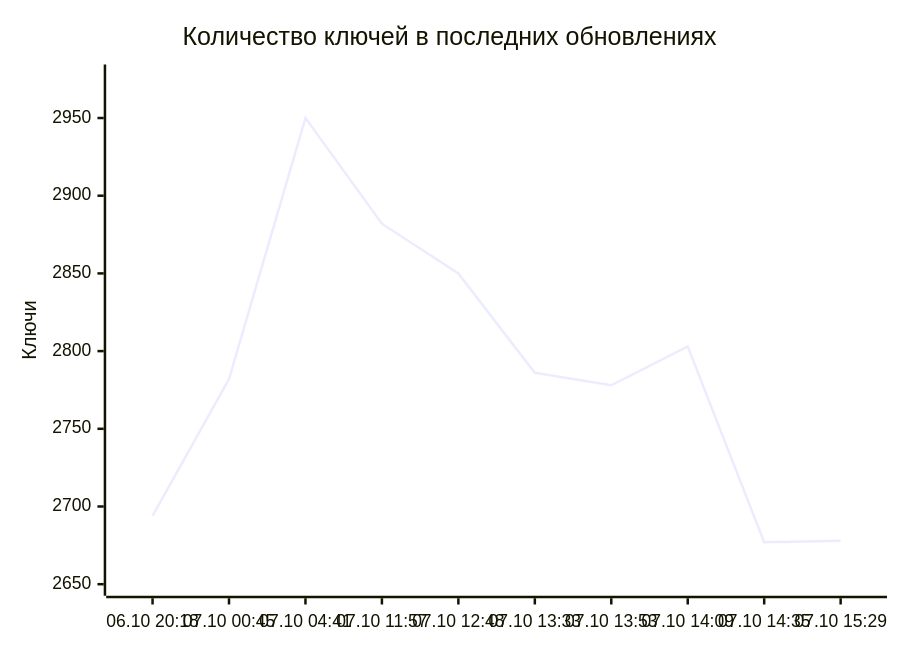
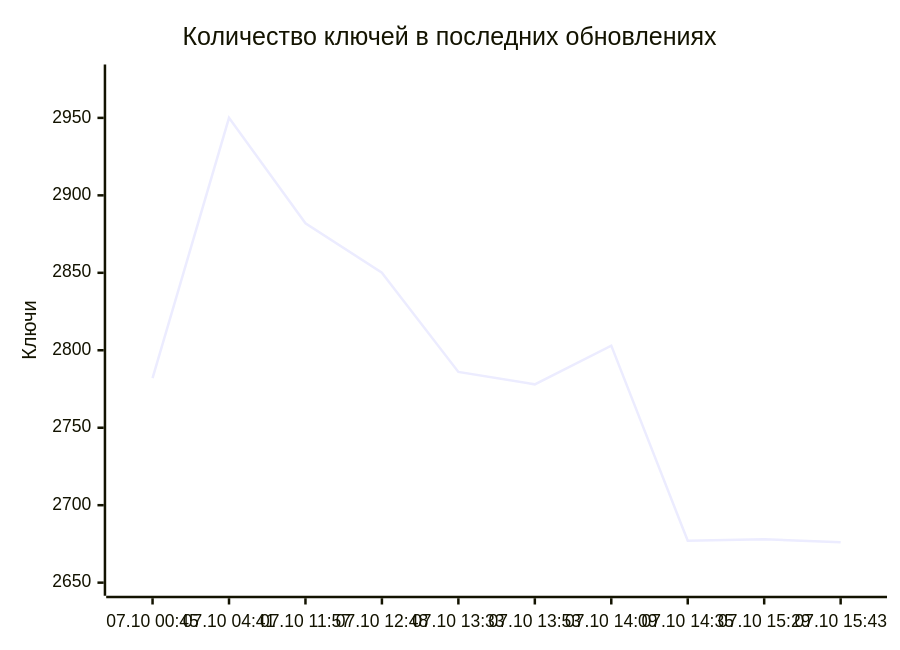
The diagram in README.md (markKikhtenko/WireVeil), drawn with Mermaid before and after one commit. The commit also changed other lines of this file and 11 other files, not shown here.

````diff
--- a/README.md
+++ b/README.md
@@ -55,7 +55,7 @@
 ```mermaid
 xychart-beta
     title "Количество ключей в последних обновлениях"
-    x-axis ["06.10 20:18", "07.10 00:45", "07.10 04:41", "07.10 11:57", "07.10 12:48", "07.10 13:33", "07.10 13:53", "07.10 14:09", "07.10 14:35", "07.10 15:29"]
-    y-axis "Ключи" 2649 --> 2978
-    line [2694, 2782, 2950, 2882, 2850, 2786, 2778, 2803, 2677, 2678]
+    x-axis ["07.10 00:45", "07.10 04:41", "07.10 11:57", "07.10 12:48", "07.10 13:33", "07.10 13:53", "07.10 14:09", "07.10 14:35", "07.10 15:29", "07.10 15:43"]
+    y-axis "Ключи" 2648 --> 2978
+    line [2782, 2950, 2882, 2850, 2786, 2778, 2803, 2677, 2678, 2676]
 ```
````
